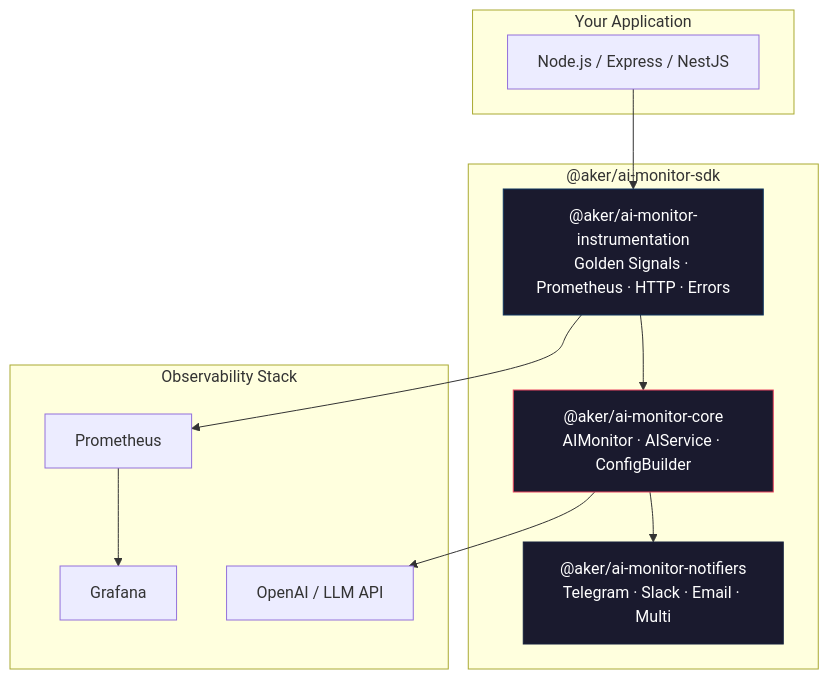
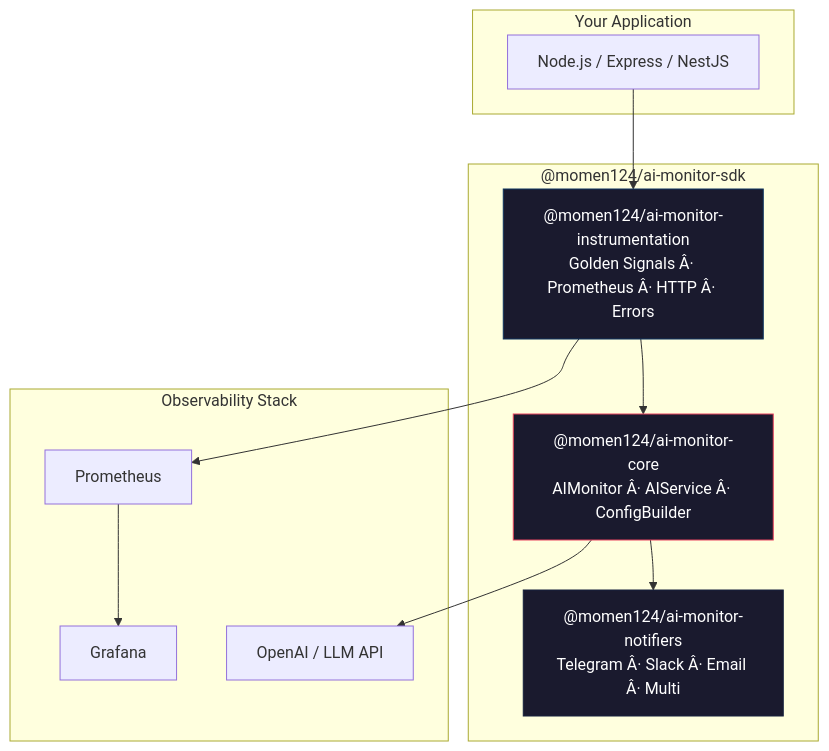
The first of 4 diagrams in docs/01-architecture.md (egysaas25-hub/ai-monitor-sdk), drawn with Mermaid before and after one commit. The commit also changed other lines of this file and 63 other files, not shown here.

````diff
--- a/docs/01-architecture.md
+++ b/docs/01-architecture.md
@@ -9,29 +9,29 @@
 ```mermaid
 graph TB
     subgraph APP_SUB ["Your Application"]
         APP["Node.js / Express / NestJS"]
     end
 
-    subgraph SDK_SUB ["@aker/ai-monitor-sdk"]
-        CORE["@aker/ai-monitor-core<br/>AIMonitor · AIService · ConfigBuilder"]
-        INST["@aker/ai-monitor-instrumentation<br/>Golden Signals · Prometheus · HTTP · Errors"]
-        NOTIF["@aker/ai-monitor-notifiers<br/>Telegram · Slack · Email · Multi"]
+    subgraph SDK_SUB ["@momen124/ai-monitor-sdk"]
+        CORE["@momen124/ai-monitor-core<br/>AIMonitor Â· AIService Â· ConfigBuilder"]
+        INST["@momen124/ai-monitor-instrumentation<br/>Golden Signals Â· Prometheus Â· HTTP Â· Errors"]
+        NOTIF["@momen124/ai-monitor-notifiers<br/>Telegram Â· Slack Â· Email Â· Multi"]
     end
 
     subgraph OBS_SUB ["Observability Stack"]
         PROM[Prometheus]
         GRAF[Grafana]
         AI["OpenAI / LLM API"]
     end
 
     APP --> INST
     INST --> CORE
     CORE --> NOTIF
     CORE --> AI
     INST --> PROM
     PROM --> GRAF
 
     style CORE fill:#1a1a2e,stroke:#e94560,color:#fff
     style INST fill:#1a1a2e,stroke:#0f3460,color:#fff
     style NOTIF fill:#1a1a2e,stroke:#16213e,color:#fff
 ```
````
